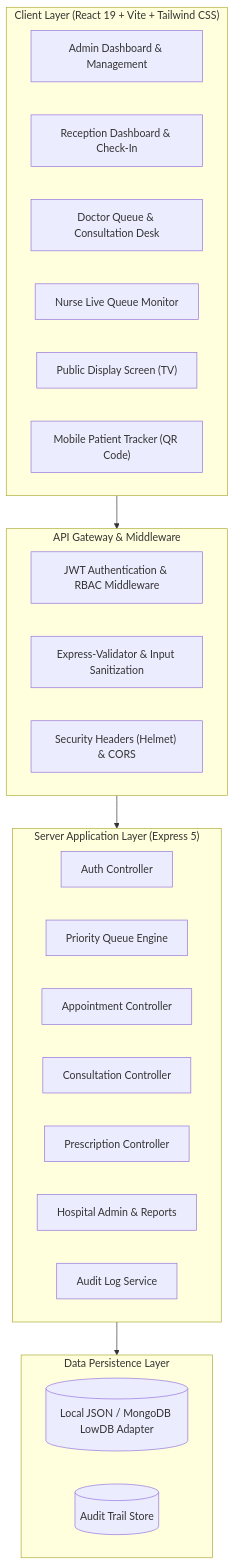
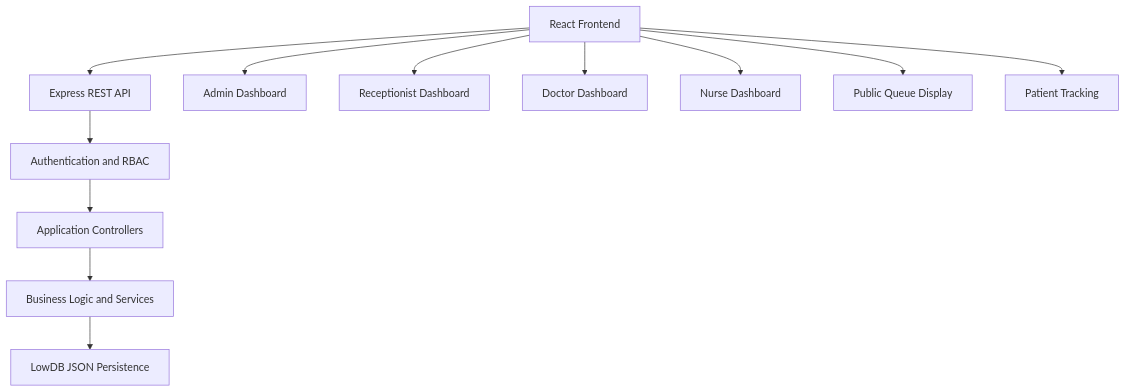
One commit to sneh8989/MediQueue-Hospital-Queue-Management changed the diagram in README.md. Above: the diagram before and after it, drawn with Mermaid. The commit also changed other lines of this file, not shown here.

````diff
--- a/README.md
+++ b/README.md
@@ -52,36 +190,15 @@
 ```mermaid
 flowchart TD
-    subgraph Client ["Client Layer (React 19 + Vite + Tailwind CSS)"]
-        UI_Admin["Admin Dashboard & Management"]
-        UI_Reception["Reception Dashboard & Check-In"]
-        UI_Doctor["Doctor Queue & Consultation Desk"]
-        UI_Nurse["Nurse Live Queue Monitor"]
-        UI_Display["Public Display Screen (TV)"]
-        UI_Track["Mobile Patient Tracker (QR Code)"]
-    end
+    A["React Frontend"] --> B["Express REST API"]
+    B --> C["Authentication and RBAC"]
+    C --> D["Application Controllers"]
+    D --> E["Business Logic and Services"]
+    E --> F["LowDB JSON Persistence"]
 
-    subgraph Gateway ["API Gateway & Middleware"]
-        AuthMid["JWT Authentication & RBAC Middleware"]
-        ValMid["Express-Validator & Input Sanitization"]
-        RateMid["Security Headers (Helmet) & CORS"]
-    end
-
-    subgraph Server ["Server Application Layer (Express 5)"]
-        AuthCtrl["Auth Controller"]
-        QueueCtrl["Priority Queue Engine"]
-        ApptCtrl["Appointment Controller"]
-        ConsultCtrl["Consultation Controller"]
-        PrescriptCtrl["Prescription Controller"]
-        AdminCtrl["Hospital Admin & Reports"]
-        AuditCtrl["Audit Log Service"]
-    end
-
-    subgraph Data ["Data Persistence Layer"]
-        DB[(Local JSON / MongoDB LowDB Adapter)]
-        AuditStore[(Audit Trail Store)]
-    end
-
-    Client --> Gateway
-    Gateway --> Server
-    Server --> Data
+    A --> G["Admin Dashboard"]
+    A --> H["Receptionist Dashboard"]
+    A --> I["Doctor Dashboard"]
+    A --> J["Nurse Dashboard"]
+    A --> K["Public Queue Display"]
+    A --> L["Patient Tracking"]
 ```
````
